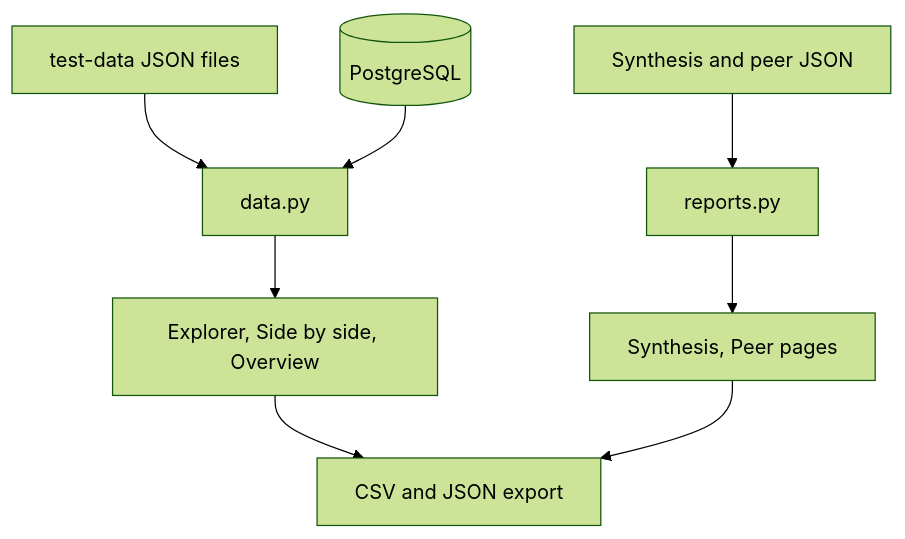
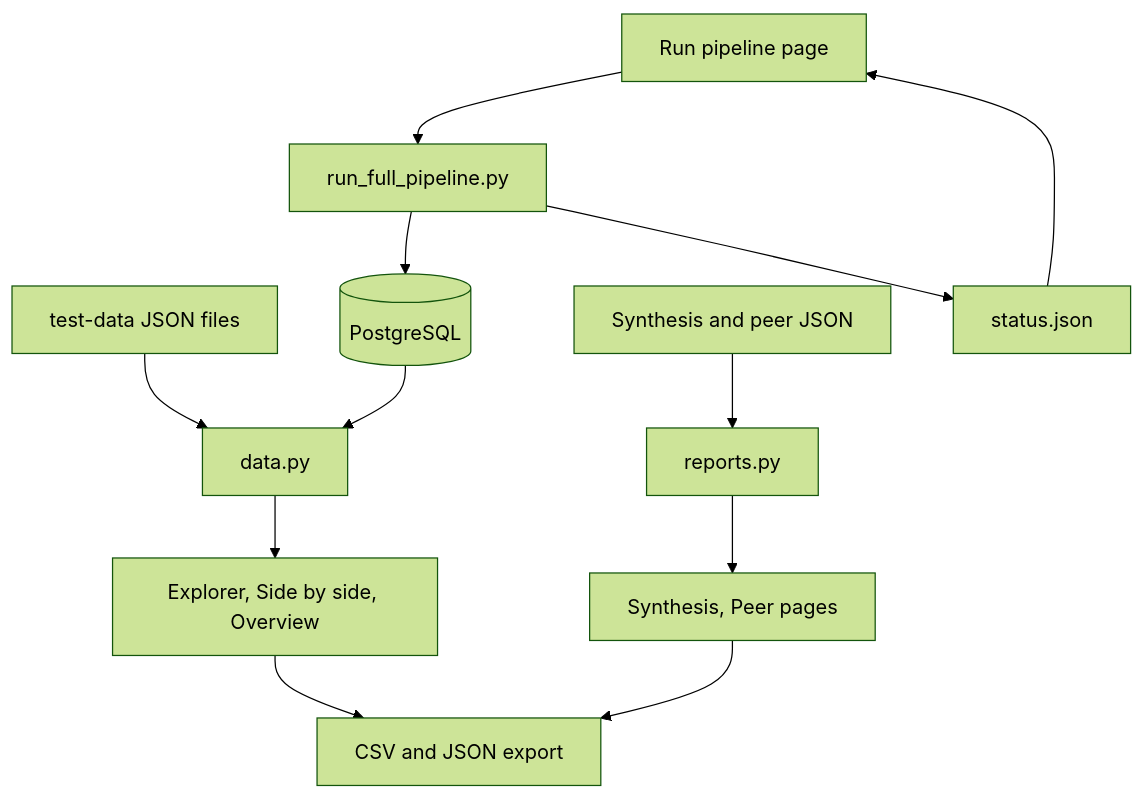
The diagram in docs/YUVIKA_ui_dashboard.md (JingLeEa/sec-filings), drawn with Mermaid (forest theme) before and after one commit. The commit also changed other lines of this file and 10 other files, not shown here.

Commit message:
Add run pipeline page and change filter position for other pages

````diff
--- a/docs/YUVIKA_ui_dashboard.md
+++ b/docs/YUVIKA_ui_dashboard.md
@@ -34,10 +38,14 @@
 ```mermaid
 flowchart TD
     A[test-data JSON files] --> D[data.py]
     B[(PostgreSQL)] --> D
     C[Synthesis and peer JSON] --> R[reports.py]
+    U[Run pipeline page] --> J[run_full_pipeline.py]
+    J --> B
+    J --> S[status.json]
+    S --> U
     D --> P[Explorer, Side by side, Overview]
     R --> Q[Synthesis, Peer pages]
     P --> E[CSV and JSON export]
     Q --> E
 ```
````
